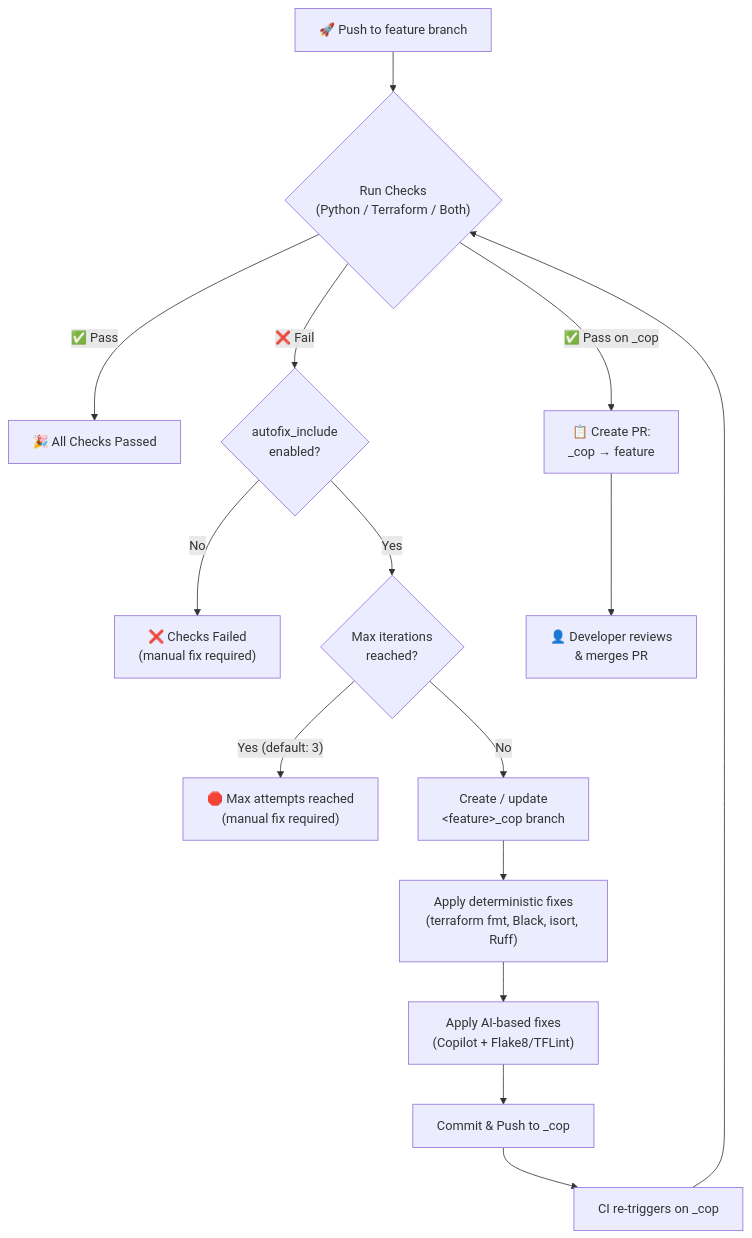
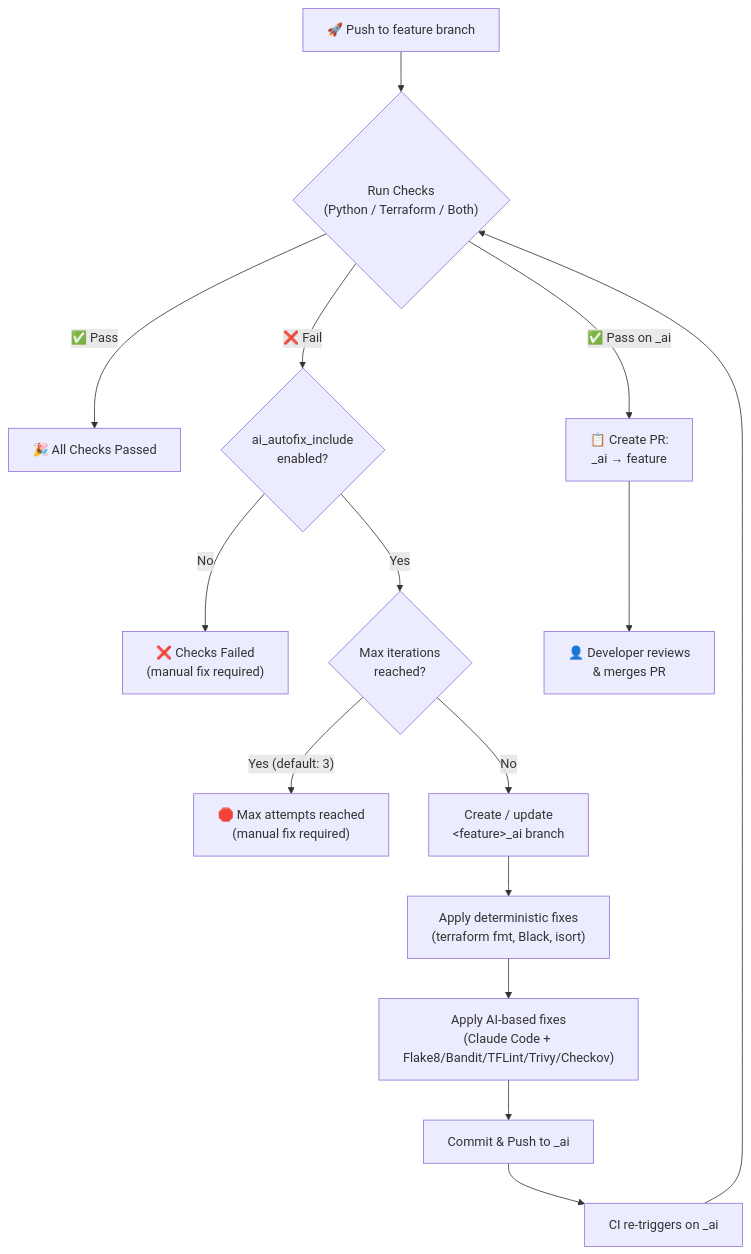
The diagram in README.md (acai-solutions/github-workflows), drawn with Mermaid before and after one commit. The commit also changed other lines of this file, not shown here.

````diff
--- a/README.md
+++ b/README.md
@@ -22,17 +51,17 @@
 ```mermaid
 flowchart TD
     A["🚀 Push to feature branch"] --> B{"Run Checks<br/>(Python / Terraform / Both)"}
     B -->|"✅ Pass"| C["🎉 All Checks Passed"]
-    B -->|"❌ Fail"| D{"autofix_include<br/>enabled?"}
+    B -->|"❌ Fail"| D{"ai_autofix_include<br/>enabled?"}
     D -->|No| E["❌ Checks Failed<br/>(manual fix required)"]
     D -->|Yes| F{"Max iterations<br/>reached?"}
     F -->|"Yes (default: 3)"| G["🛑 Max attempts reached<br/>(manual fix required)"]
-    F -->|No| H["Create / update<br/>&lt;feature&gt;_cop branch"]
-    H --> I["Apply deterministic fixes<br/>(terraform fmt, Black, isort, Ruff)"]
-    I --> J["Apply AI-based fixes<br/>(Copilot + Flake8/TFLint)"]
-    J --> K["Commit & Push to _cop"]
-    K --> L["CI re-triggers on _cop"]
+    F -->|No| H["Create / update<br/>&lt;feature&gt;_ai branch"]
+    H --> I["Apply deterministic fixes<br/>(terraform fmt, Black, isort)"]
+    I --> J["Apply AI-based fixes<br/>(Claude Code + Flake8/Bandit/TFLint/Trivy/Checkov)"]
+    J --> K["Commit & Push to _ai"]
+    K --> L["CI re-triggers on _ai"]
     L --> B
-    B -->|"✅ Pass on _cop"| M["📋 Create PR:<br/>_cop → feature"]
+    B -->|"✅ Pass on _ai"| M["📋 Create PR:<br/>_ai → feature"]
     M --> N["👤 Developer reviews<br/>& merges PR"]
 ```
````
